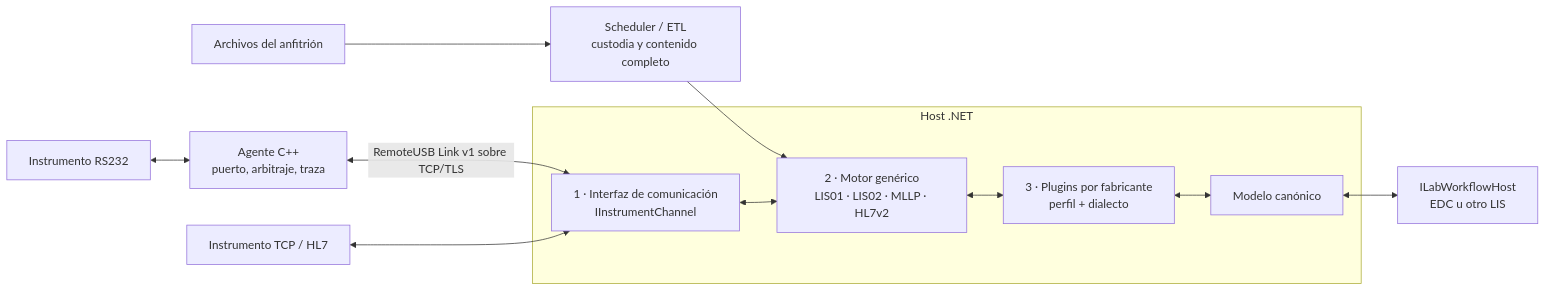
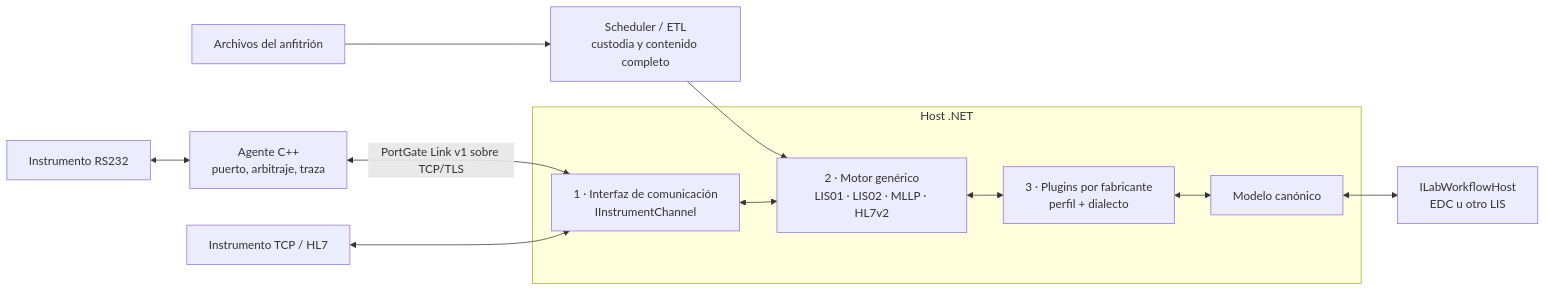
One commit to kalyx-ar/ASTM changed the diagram in Documentacion/README.md. Above: the diagram before and after it, drawn with Mermaid. The commit also changed other lines of this file and 104 other files, not shown here.

Commit message:
refactor: renombrar RemoteUSB a PortGate

````diff
--- a/Documentacion/README.md
+++ b/Documentacion/README.md
@@ -11,14 +11,14 @@
 ```mermaid
 flowchart LR
     S[Instrumento RS232] <--> G[Agente C++<br/>puerto, arbitraje, traza]
-    G <-->|RemoteUSB Link v1 sobre TCP/TLS| C
+    G <-->|PortGate Link v1 sobre TCP/TLS| C
     N[Instrumento TCP / HL7] <--> C
     F[Archivos del anfitrión] --> E[Scheduler / ETL<br/>custodia y contenido completo]
     E --> M
     subgraph Host .NET
       C[1 · Interfaz de comunicación<br/>IInstrumentChannel] <--> M[2 · Motor genérico<br/>LIS01 · LIS02 · MLLP · HL7v2]
       M <--> P[3 · Plugins por fabricante<br/>perfil + dialecto]
       P <--> K[Modelo canónico]
     end
     K <--> H[ILabWorkflowHost<br/>EDC u otro LIS]
 ```
````
